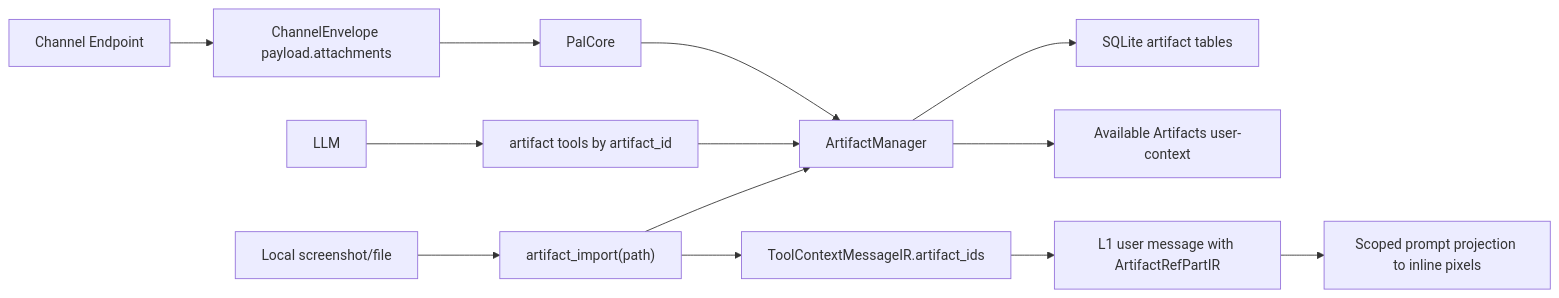
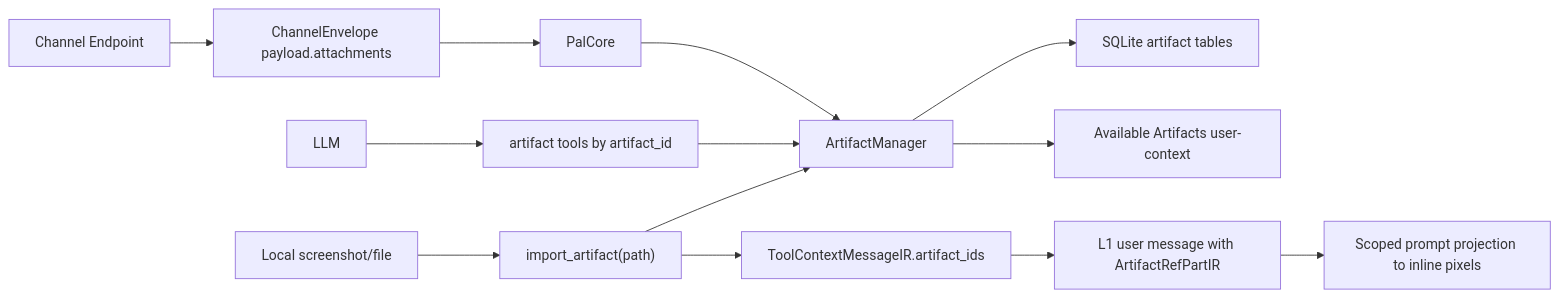
Before and after one commit to OtakuNathan/Pal: the diagram in docs/artifact_manager.md, drawn with Mermaid. The commit also changed other lines of this file and 161 other files, not shown here.

````diff
--- a/docs/artifact_manager.md
+++ b/docs/artifact_manager.md
@@ -23,15 +23,15 @@
 ```mermaid
 flowchart LR
     CH["Channel Endpoint"] --> CE["ChannelEnvelope payload.attachments"]
     CE --> CORE["PalCore"]
     CORE --> AM["ArtifactManager"]
     AM --> DB["SQLite artifact tables"]
     AM --> PROMPT["Available Artifacts user-context"]
     LLM["LLM"] --> TOOLS["artifact tools by artifact_id"]
     TOOLS --> AM
-    LOCAL["Local screenshot/file"] --> IMPORT["artifact_import(path)"]
+    LOCAL["Local screenshot/file"] --> IMPORT["import_artifact(path)"]
     IMPORT --> AM
     IMPORT --> REF["ToolContextMessageIR.artifact_ids"]
     REF --> L1["L1 user message with ArtifactRefPartIR"]
     L1 --> PIXELS["Scoped prompt projection to inline pixels"]
 ```
````
